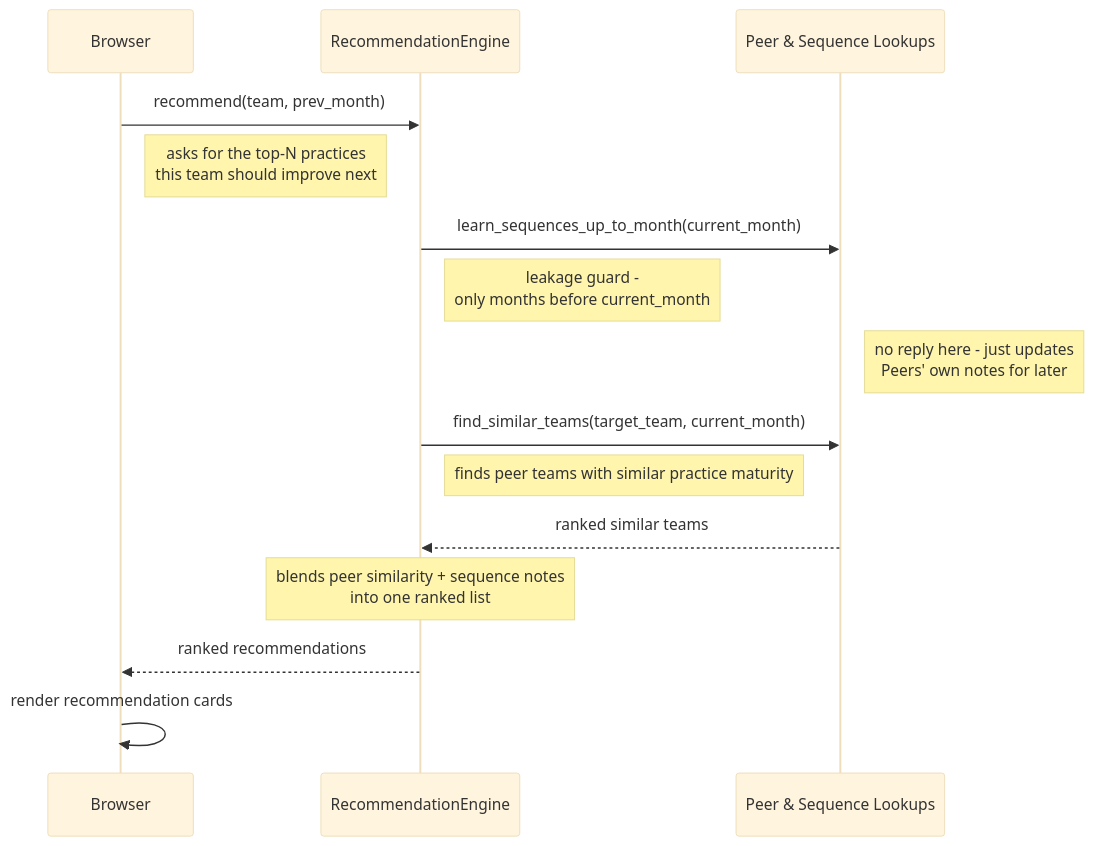
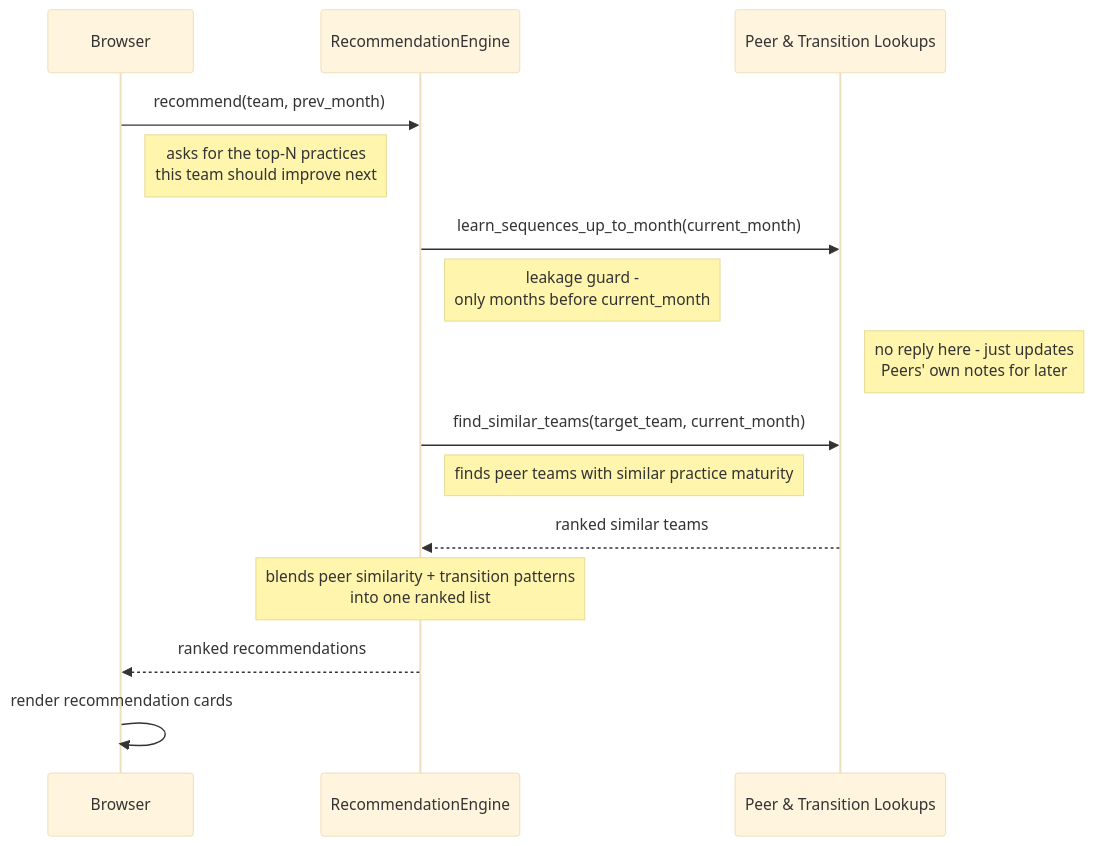
Before and after one commit to erezmorabia/agile-prediction-mvp: the diagram in docs/sequence-diagrams/01-get-recommendations.md, drawn with Mermaid (base theme). The commit also changed other lines of this file and 37 other files, not shown here.

````diff
--- a/docs/sequence-diagrams/01-get-recommendations.md
+++ b/docs/sequence-diagrams/01-get-recommendations.md
@@ -30,19 +30,19 @@
 ```mermaid
 sequenceDiagram
     participant Browser
     participant Rec as RecommendationEngine
-    participant Peers as Peer & Sequence Lookups
+    participant Peers as Peer & Transition Lookups
 
     Browser->>Rec: recommend(team, prev_month)
     Note right of Browser: asks for the top-N practices<br/>this team should improve next
     Rec->>Peers: learn_sequences_up_to_month(current_month)
     Note right of Rec: leakage guard -<br/>only months before current_month
     Note right of Peers: no reply here - just updates<br/>Peers' own notes for later
     Rec->>Peers: find_similar_teams(target_team, current_month)
     Note right of Rec: finds peer teams with similar practice maturity
     Peers-->>Rec: ranked similar teams
-    Note over Rec: blends peer similarity + sequence notes<br/>into one ranked list
+    Note over Rec: blends peer similarity + transition patterns<br/>into one ranked list
     Rec-->>Browser: ranked recommendations
 
     Browser->>Browser: render recommendation cards
 ```
````
